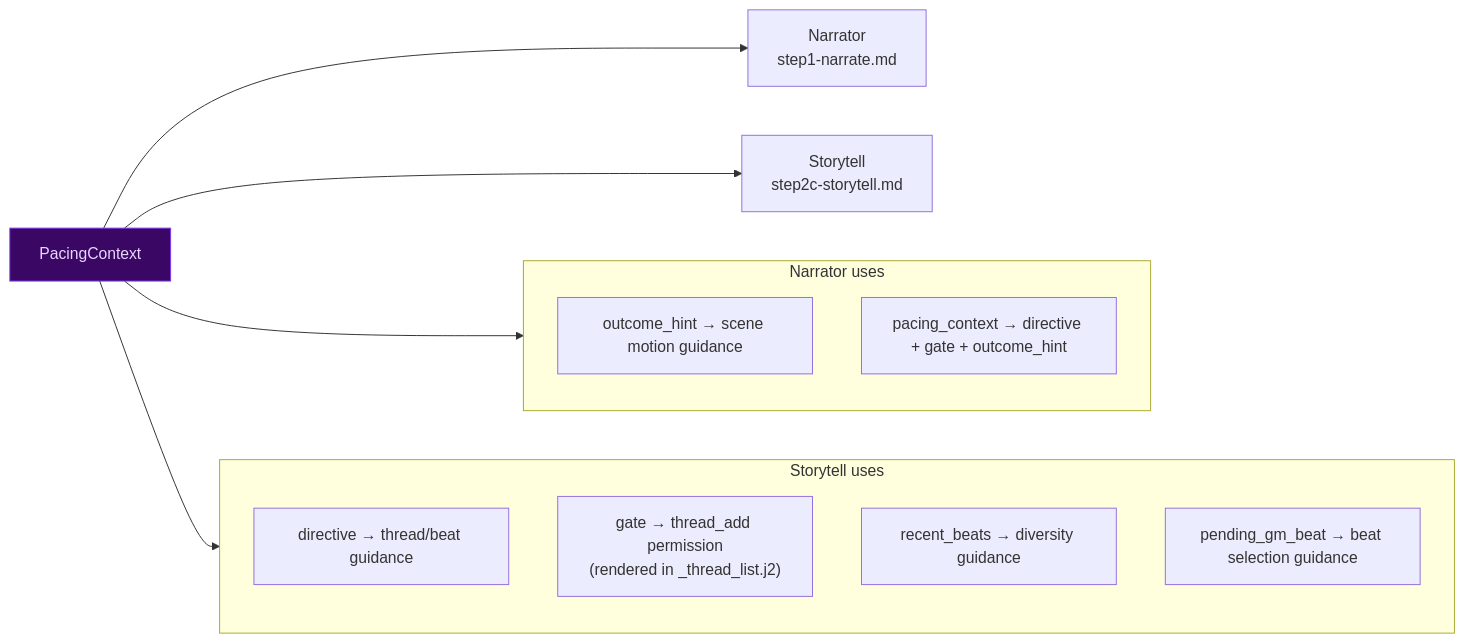
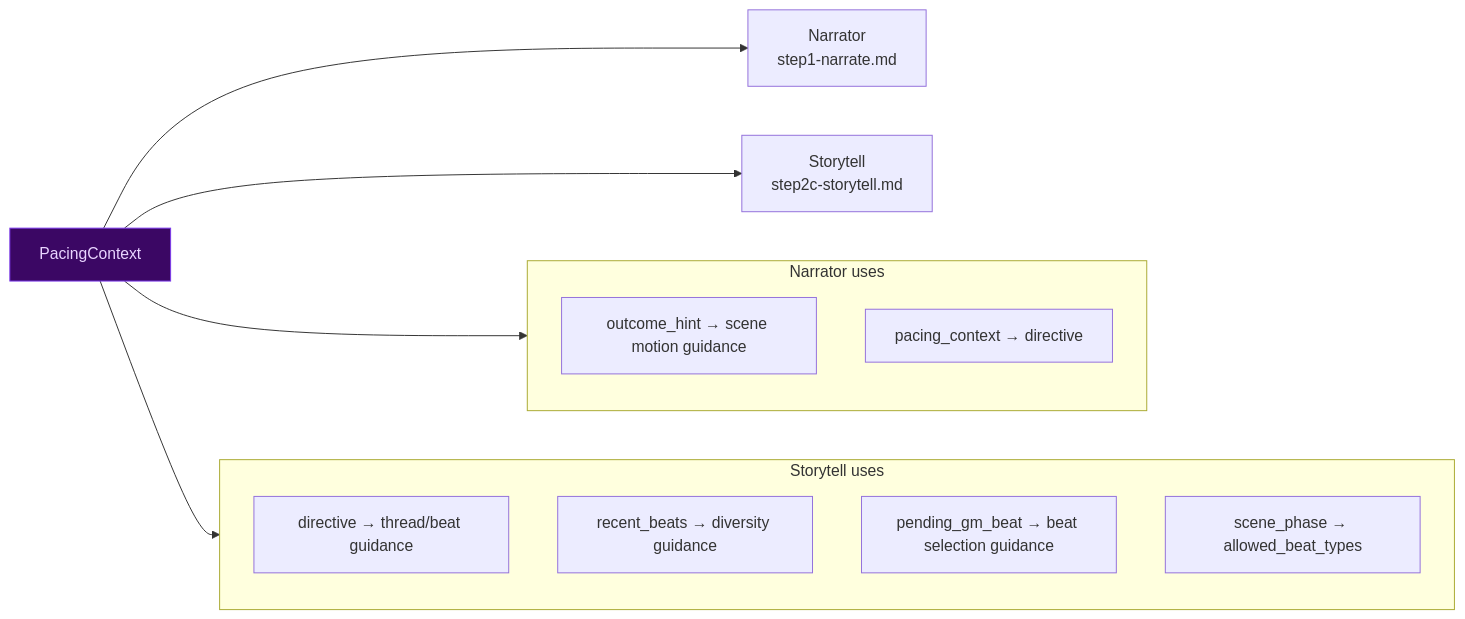
Before and after one commit to pww217/fablethread: the fifth of 7 diagrams in docs/architecture/pacing-systems.md, drawn with Mermaid. The commit also changed other lines of this file and 23 other files, not shown here.

````diff
--- a/docs/architecture/pacing-systems.md
+++ b/docs/architecture/pacing-systems.md
@@ -240,22 +201,22 @@
 ```mermaid
 flowchart LR
     PC["PacingContext"] --> NARR["Narrator<br>step1-narrate.md"]
     PC --> STORY["Storytell<br>step2c-storytell.md"]
 
     subgraph NARR_CONSUMPTION["Narrator uses"]
         N1["outcome_hint → scene motion guidance"]
-        N2["pacing_context → directive + gate + outcome_hint"]
+        N2["pacing_context → directive"]
     end
 
     subgraph STORY_CONSUMPTION["Storytell uses"]
         S1["directive → thread/beat guidance"]
-        S2["gate → thread_add permission<br>(rendered in _thread_list.j2)"]
-        S3["recent_beats → diversity guidance"]
-        S4["pending_gm_beat → beat selection guidance"]
+        S2["recent_beats → diversity guidance"]
+        S3["pending_gm_beat → beat selection guidance"]
+        S4["scene_phase → allowed_beat_types"]
     end
 
     PC --> NARR_CONSUMPTION
     PC --> STORY_CONSUMPTION
 
     style PC fill:#3b0764,color:#e9d5ff,stroke:#7c3aed,strokeWidth:2px
 ```
````
